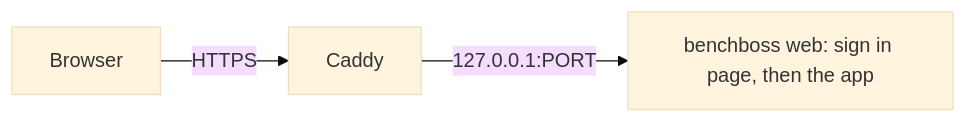
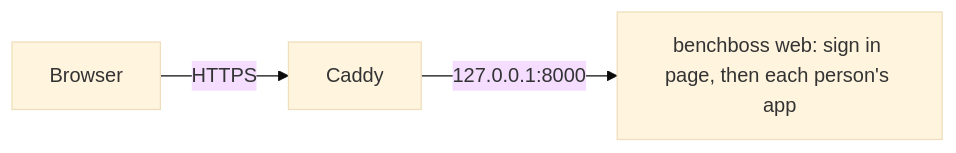
Before and after one commit to ValeQRamos/benchboss: the second of 2 diagrams in docs/server.md, drawn with Mermaid (base theme). The commit also changed other lines of this file and 22 other files, not shown here.

````diff
--- a/docs/server.md
+++ b/docs/server.md
@@ -227,5 +227,5 @@
 ```mermaid
 flowchart LR
     B[Browser] -->|HTTPS| C[Caddy]
-    C -->|127.0.0.1:PORT| W[benchboss web: sign in page, then the app]
+    C -->|127.0.0.1:8000| W[benchboss web: sign in page, then each person's app]
 ```
````
